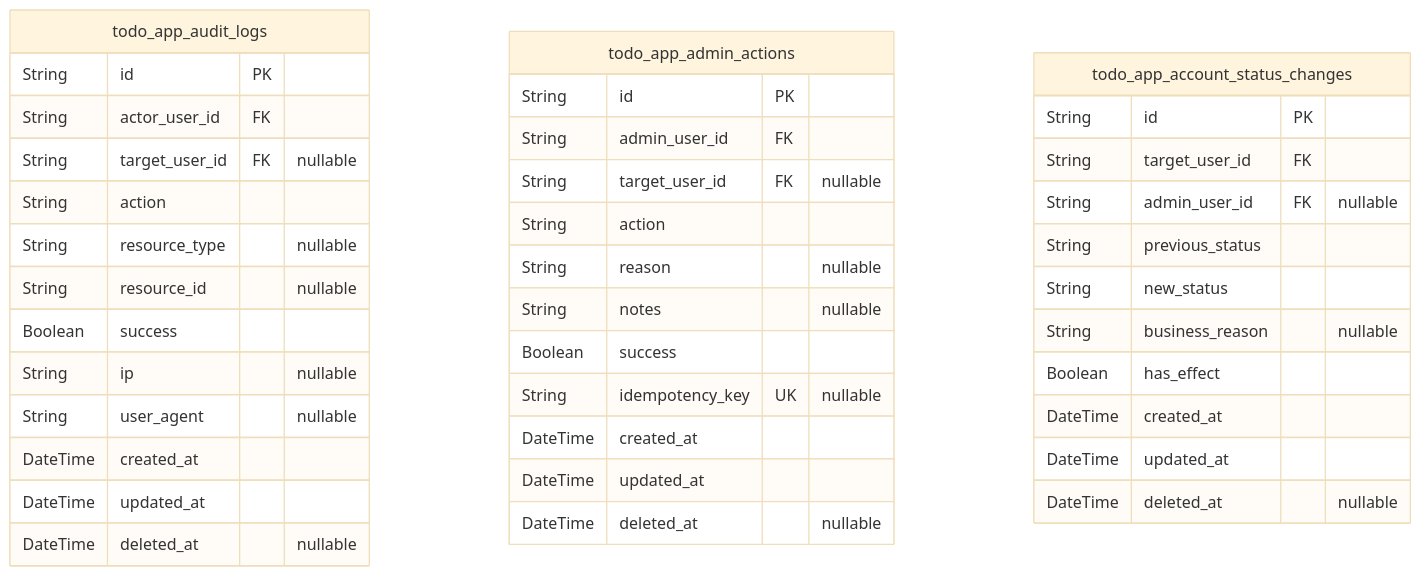
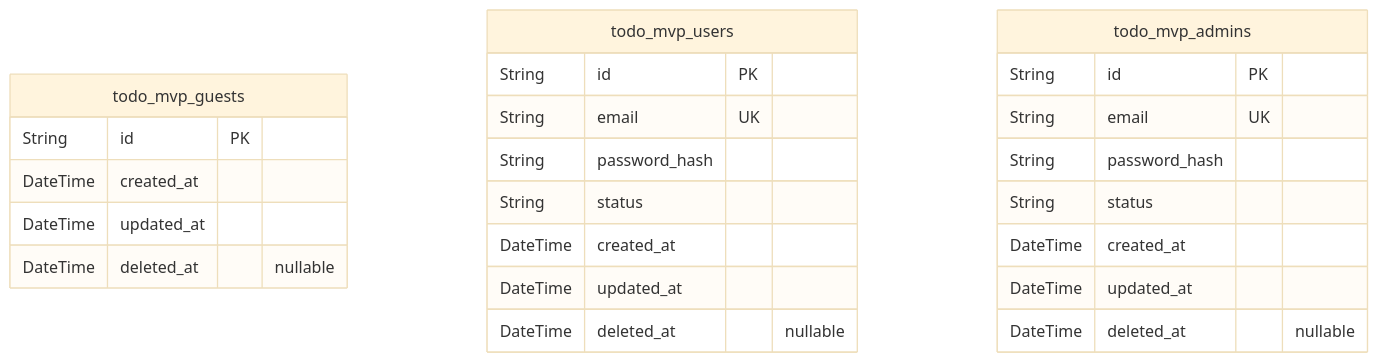
Before and after one commit to wrtnlabs/autobe-example-todo-openai-gpt-5: the first of 4 diagrams in docs/ERD.md, drawn with Mermaid (base theme). The commit also changed other lines of this file and 957 other files, not shown here.

````diff
--- a/docs/ERD.md
+++ b/docs/ERD.md
@@ -931,42 +12,27 @@
 ```mermaid
 erDiagram
-"todo_app_audit_logs" {
+"todo_mvp_guests" {
   String id PK
-  String actor_user_id FK
-  String target_user_id FK "nullable"
-  String action
-  String resource_type "nullable"
-  String resource_id "nullable"
-  Boolean success
-  String ip "nullable"
-  String user_agent "nullable"
   DateTime created_at
   DateTime updated_at
   DateTime deleted_at "nullable"
 }
-"todo_app_admin_actions" {
+"todo_mvp_users" {
   String id PK
-  String admin_user_id FK
-  String target_user_id FK "nullable"
-  String action
-  String reason "nullable"
-  String notes "nullable"
-  Boolean success
-  String idempotency_key UK "nullable"
+  String email UK
+  String password_hash
+  String status
   DateTime created_at
   DateTime updated_at
   DateTime deleted_at "nullable"
 }
-"todo_app_account_status_changes" {
+"todo_mvp_admins" {
   String id PK
-  String target_user_id FK
-  String admin_user_id FK "nullable"
-  String previous_status
-  String new_status
-  String business_reason "nullable"
-  Boolean has_effect
+  String email UK
+  String password_hash
+  String status
   DateTime created_at
   DateTime updated_at
   DateTime deleted_at "nullable"
 }
 ```
````
